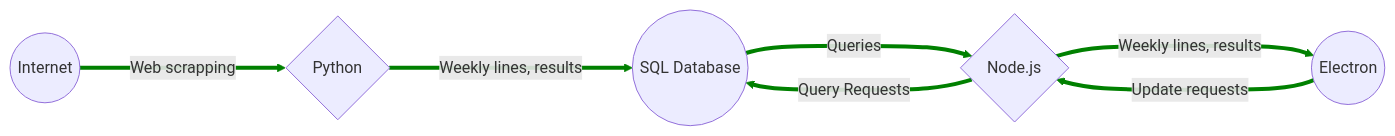
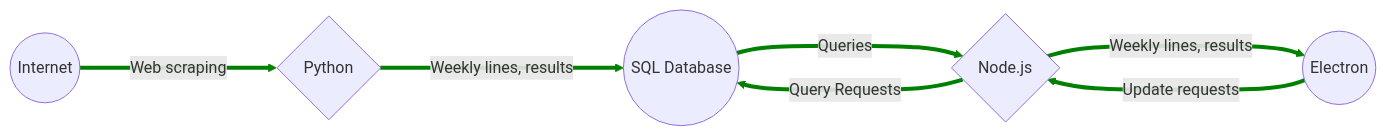
One commit to EECE3093C/team-project-the-over-under changed the diagram in README.md. Above: the diagram before and after it, drawn with Mermaid. The commit also changed other lines of this file, not shown here.

````diff
--- a/README.md
+++ b/README.md
@@ -19,18 +19,18 @@
 ```mermaid
 graph LR
   A((Internet))
   B((SQL Database))
   C((Electron))
   D{Python}
   E{Node.js}
-  A --->|Web scrapping| D
+  A --->|Web scraping| D
   D --->|Weekly lines, results| B
   B --->|Queries| E
   E --->|Query Requests| B
   E --->|Weekly lines, results| C
   C --->|Update requests| E
   
   linkStyle 0,1 stroke-width:4px,fill:none,stroke:green;
   linkStyle 2,3 stroke-width:4px,fill:none,stroke:green;
   linkStyle 4,5 stroke-width:4px,fill:none,stroke:green;
 ```
````
